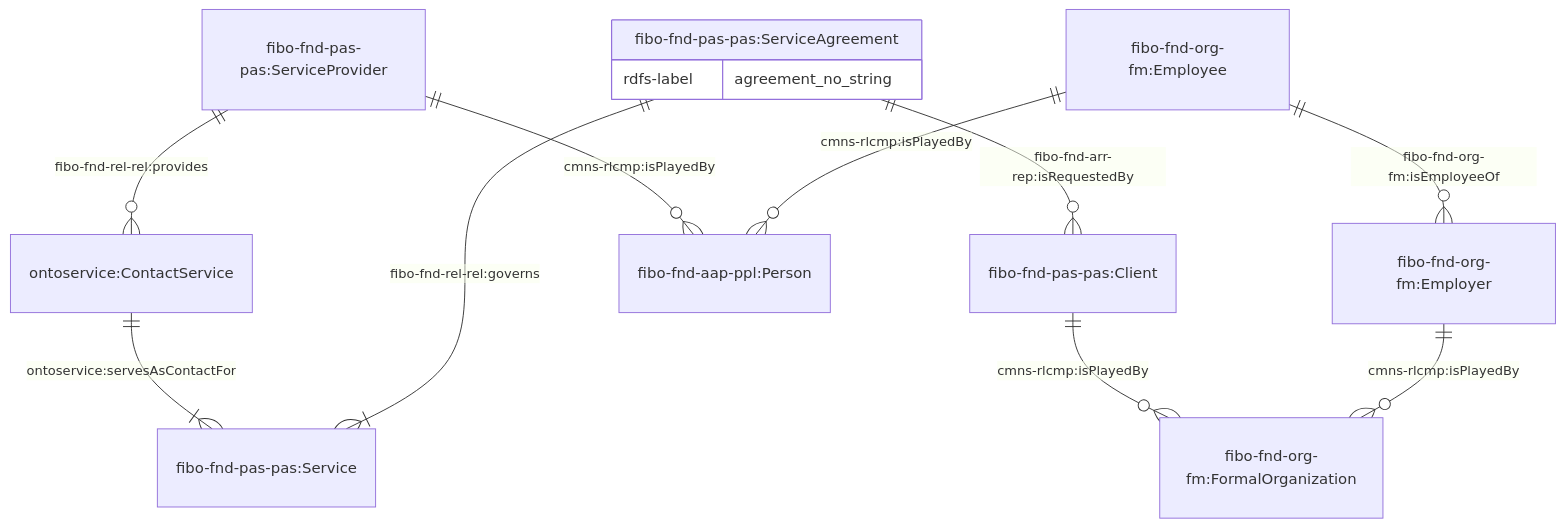
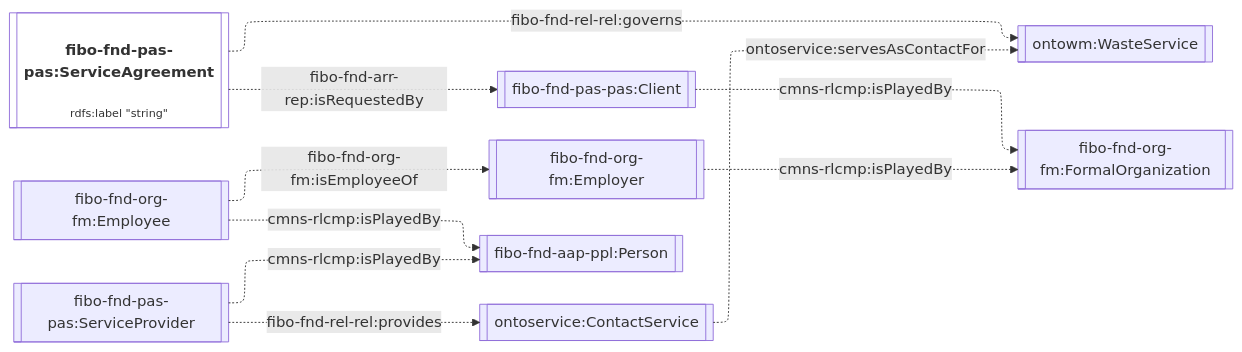
Before and after one commit to cambridge-cares/TheWorldAvatar: the fourth of 13 diagrams in JPS_Ontology/ontology/ontowastemanagement/README.md, drawn with Mermaid. The commit also changed other lines of this file and 1 other file, not shown here.

Commit message:
dev-service-execution-ontology-extension: update to flowchart diagram in ontoservice and ontowastemanagement

````diff
--- a/JPS_Ontology/ontology/ontowastemanagement/README.md
+++ b/JPS_Ontology/ontology/ontowastemanagement/README.md
@@ -131,17 +149,20 @@
 ```mermaid
-    erDiagram
-    "fibo-fnd-pas-pas:ServiceAgreement" {
-        rdfs-label agreement_no_string
-    }
-    "fibo-fnd-pas-pas:ServiceAgreement" ||--|{ "fibo-fnd-pas-pas:Service" : "fibo-fnd-rel-rel:governs"
+%%{init: {"flowchart": {"defaultRenderer": "elk"}} }%%
+flowchart LR
+    %% Styling
+    classDef literal fill:none
+    classDef node overflow-wrap:break-word,text-wrap:pretty
+    linkStyle default overflow-wrap:break-word,text-wrap:pretty;
 
-    "fibo-fnd-pas-pas:ServiceAgreement" ||--o{ "fibo-fnd-pas-pas:Client" : "fibo-fnd-arr-rep:isRequestedBy"
-    "fibo-fnd-org-fm:Employer" ||--o{ "fibo-fnd-org-fm:FormalOrganization"  : "cmns-rlcmp:isPlayedBy"
-    "fibo-fnd-pas-pas:Client" ||--o{ "fibo-fnd-org-fm:FormalOrganization"  : "cmns-rlcmp:isPlayedBy"
+    %% Contents
+    Agreement[["<h4>fibo-fnd-pas-pas:ServiceAgreement</h4><p style='font-size:0.75rem;'>rdfs:label &quot;string&quot;</p>"]]:::literal -. fibo-fnd-rel-rel:governs .-> Service[[ontowm:WasteService]]
+    Agreement -. fibo-fnd-arr-rep:isRequestedBy .-> Client[[fibo-fnd-pas-pas:Client]]
+    Employer[[fibo-fnd-org-fm:Employer]] -. cmns-rlcmp:isPlayedBy .-> Org[[fibo-fnd-org-fm:FormalOrganization]]
+    Client -. cmns-rlcmp:isPlayedBy .-> Org
 
-    "fibo-fnd-org-fm:Employee" ||--o{ "fibo-fnd-org-fm:Employer" : "fibo-fnd-org-fm:isEmployeeOf"
-    "fibo-fnd-org-fm:Employee" ||--o{ "fibo-fnd-aap-ppl:Person"  : "cmns-rlcmp:isPlayedBy"
-    "fibo-fnd-pas-pas:ServiceProvider" ||--o{ "fibo-fnd-aap-ppl:Person"  : "cmns-rlcmp:isPlayedBy"
-    "fibo-fnd-pas-pas:ServiceProvider" ||--o{ "ontoservice:ContactService"  : "fibo-fnd-rel-rel:provides"
-    "ontoservice:ContactService" ||--|{ "fibo-fnd-pas-pas:Service" : "ontoservice:servesAsContactFor"
+    Employee[[fibo-fnd-org-fm:Employee]] -. cmns-rlcmp:isPlayedBy .-> Person[[fibo-fnd-aap-ppl:Person]]
+    Employee -. fibo-fnd-org-fm:isEmployeeOf .-> Employer
+    ServiceProvider[[fibo-fnd-pas-pas:ServiceProvider]] -. cmns-rlcmp:isPlayedBy .-> Person[[fibo-fnd-aap-ppl:Person]]
+    ServiceProvider -. fibo-fnd-rel-rel:provides .-> ContactService[[ontoservice:ContactService]]
+    ContactService -. ontoservice:servesAsContactFor .-> Service
 ```
````
